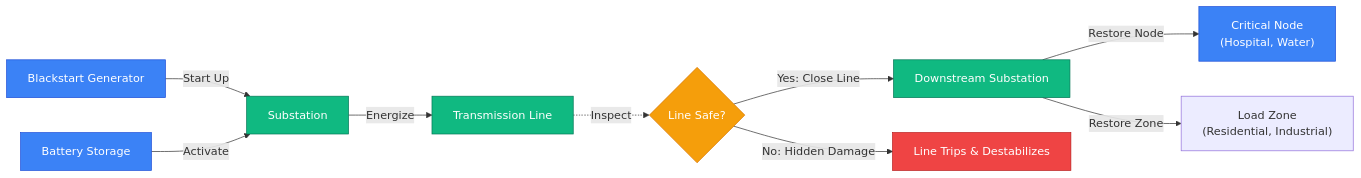
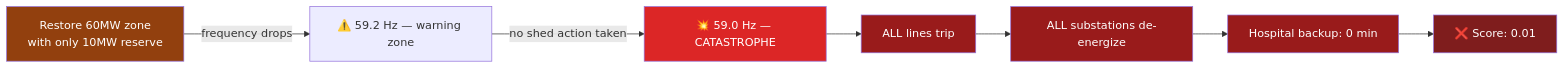
Before and after one commit to Ankitpatil944/blackout-city: the second of 6 diagrams in README.md, drawn with Mermaid. The commit also changed other lines of this file, not shown here.

````diff
--- a/README.md
+++ b/README.md
@@ -54,24 +95,16 @@
 ```mermaid
-graph LR
-    %% Grid Architecture Flow
-    A[Blackstart Generator] -->|Start Up| B[Substation]
-    C[Battery Storage] -->|Activate| B
-    B -->|Energize| D[Transmission Line]
-    
-    D -.->|Inspect| E{Line Safe?}
-    E -->|Yes: Close Line| F[Downstream Substation]
-    E -->|No: Hidden Damage| G[Line Trips & Destabilizes]
-    
-    F -->|Restore Node| H["Critical Node<br>(Hospital, Water)"]
-    F -->|Restore Zone| I["Load Zone<br>(Residential, Industrial)"]
-    
-    classDef safe fill:#10b981,stroke:#047857,color:white;
-    classDef danger fill:#ef4444,stroke:#b91c1c,color:white;
-    classDef warning fill:#f59e0b,stroke:#d97706,color:white;
-    classDef neutral fill:#3b82f6,stroke:#1d4ed8,color:white;
-    
-    class A,C,H neutral;
-    class B,D,F safe;
-    class G danger;
-    class E warning;
+flowchart LR
+    A["Restore 60MW zone<br/>with only 10MW reserve"] -->|"frequency drops"| B["⚠️ 59.2 Hz — warning zone"]
+    B -->|"no shed action taken"| C["💥 59.0 Hz — CATASTROPHE"]
+    C --> D["ALL lines trip"]
+    D --> E["ALL substations de-energize"]
+    E --> F["Hospital backup: 0 min"]
+    F --> G["❌ Score: 0.01"]
+
+    style A fill:#92400e,color:#fff
+    style C fill:#dc2626,color:#fff
+    style G fill:#7f1d1d,color:#fff
+    style D fill:#991b1b,color:#fff
+    style E fill:#991b1b,color:#fff
+    style F fill:#991b1b,color:#fff
 ```
````
